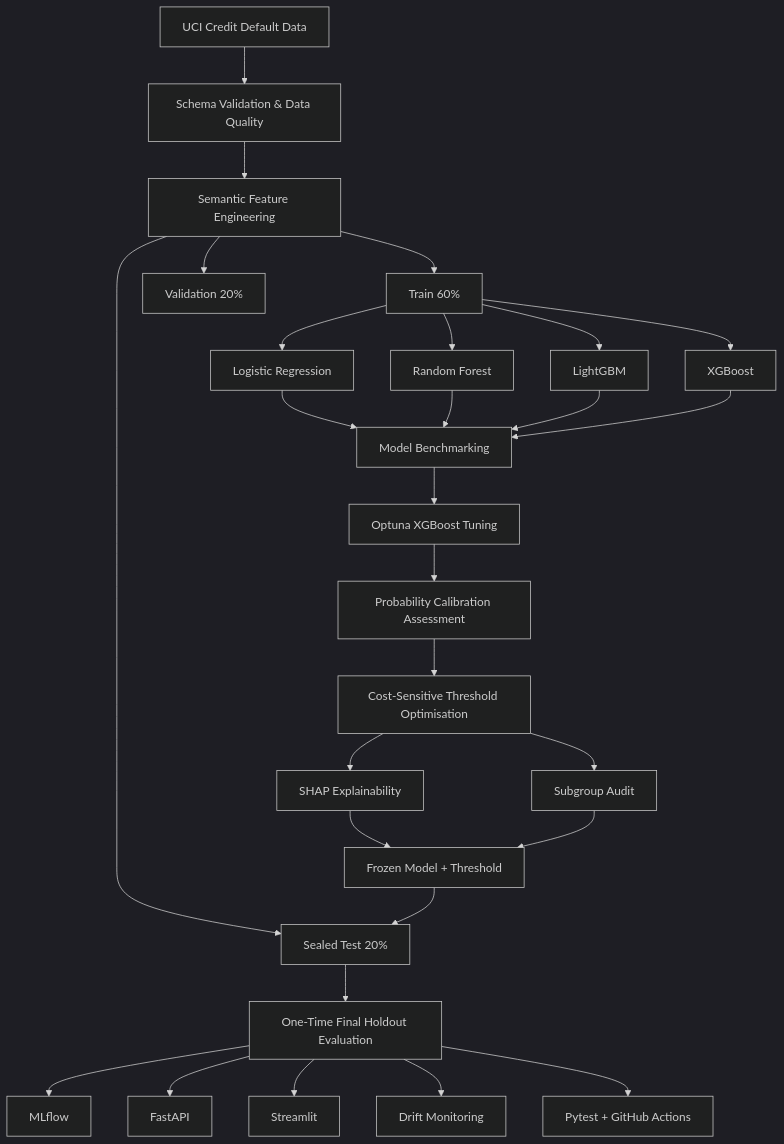
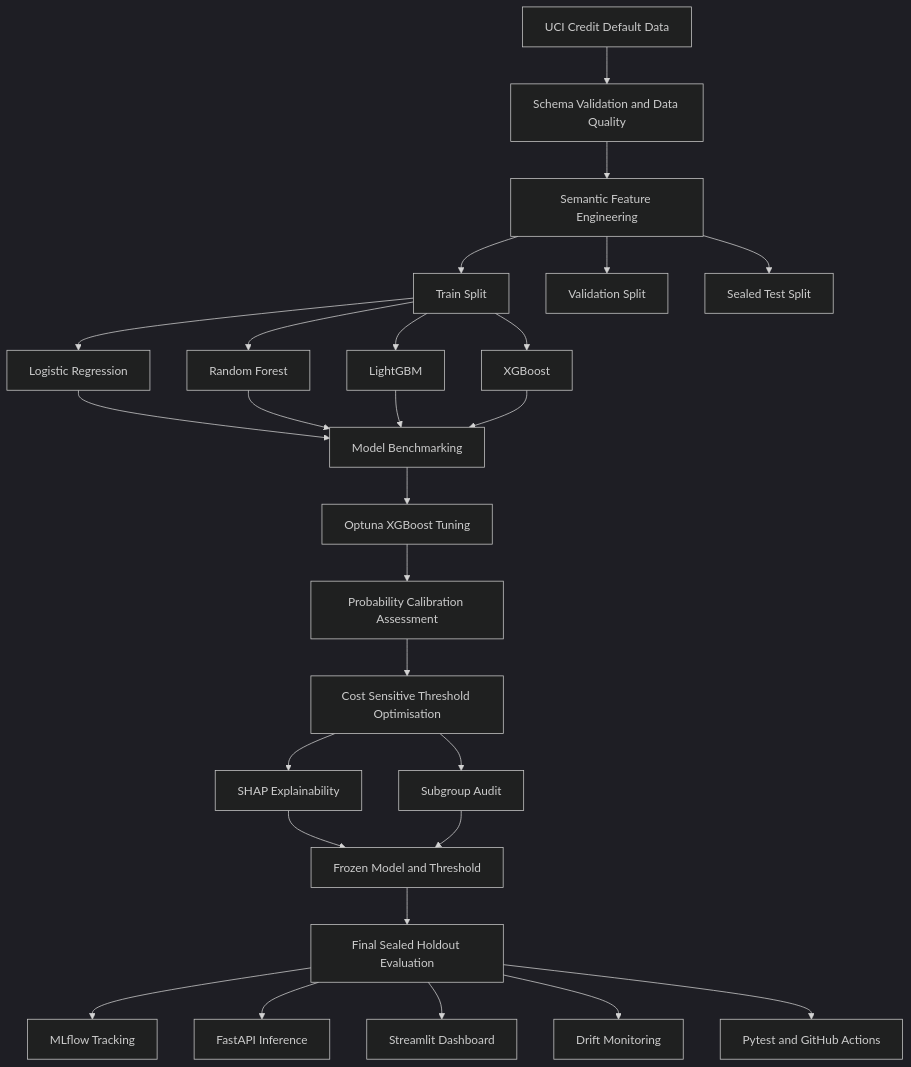
The diagram in README.md (tosinmulero/credit-risk-explainable-ai), drawn with Mermaid (dark theme) before and after one commit.

Commit message:
Fix GitHub Mermaid architecture rendering

```diff
--- a/README.md
+++ b/README.md
@@ -108,37 +108,36 @@
 ~~~mermaid
-flowchart TD
-    A["UCI Credit Default Data"] --> B["Schema Validation & Data Quality"]
-    B --> C["Semantic Feature Engineering"]
+graph TD
+    A[UCI Credit Default Data] --> B[Schema Validation and Data Quality]
+    B --> C[Semantic Feature Engineering]
 
-    C --> D["Train 60%"]
-    C --> E["Validation 20%"]
-    C --> F["Sealed Test 20%"]
+    C --> D[Train Split]
+    C --> E[Validation Split]
+    C --> F[Sealed Test Split]
 
-    D --> G["Logistic Regression"]
-    D --> H["Random Forest"]
-    D --> I["LightGBM"]
-    D --> J["XGBoost"]
+    D --> G[Logistic Regression]
+    D --> H[Random Forest]
+    D --> I[LightGBM]
+    D --> J[XGBoost]
 
-    G --> K["Model Benchmarking"]
+    G --> K[Model Benchmarking]
     H --> K
     I --> K
     J --> K
 
-    K --> L["Optuna XGBoost Tuning"]
-    L --> M["Probability Calibration Assessment"]
-    M --> N["Cost-Sensitive Threshold Optimisation"]
+    K --> L[Optuna XGBoost Tuning]
+    L --> M[Probability Calibration Assessment]
+    M --> N[Cost Sensitive Threshold Optimisation]
 
-    N --> O["SHAP Explainability"]
-    N --> P["Subgroup Audit"]
+    N --> O[SHAP Explainability]
+    N --> P[Subgroup Audit]
 
-    O --> Q["Frozen Model + Threshold"]
+    O --> Q[Frozen Model and Threshold]
     P --> Q
-    Q --> F
-    F --> R["One-Time Final Holdout Evaluation"]
+    Q --> R[Final Sealed Holdout Evaluation]
 
-    R --> S["MLflow"]
-    R --> T["FastAPI"]
-    R --> U["Streamlit"]
-    R --> V["Drift Monitoring"]
-    R --> W["Pytest + GitHub Actions"]
+    R --> S[MLflow Tracking]
+    R --> T[FastAPI Inference]
+    R --> U[Streamlit Dashboard]
+    R --> V[Drift Monitoring]
+    R --> W[Pytest and GitHub Actions]
 ~~~
```
